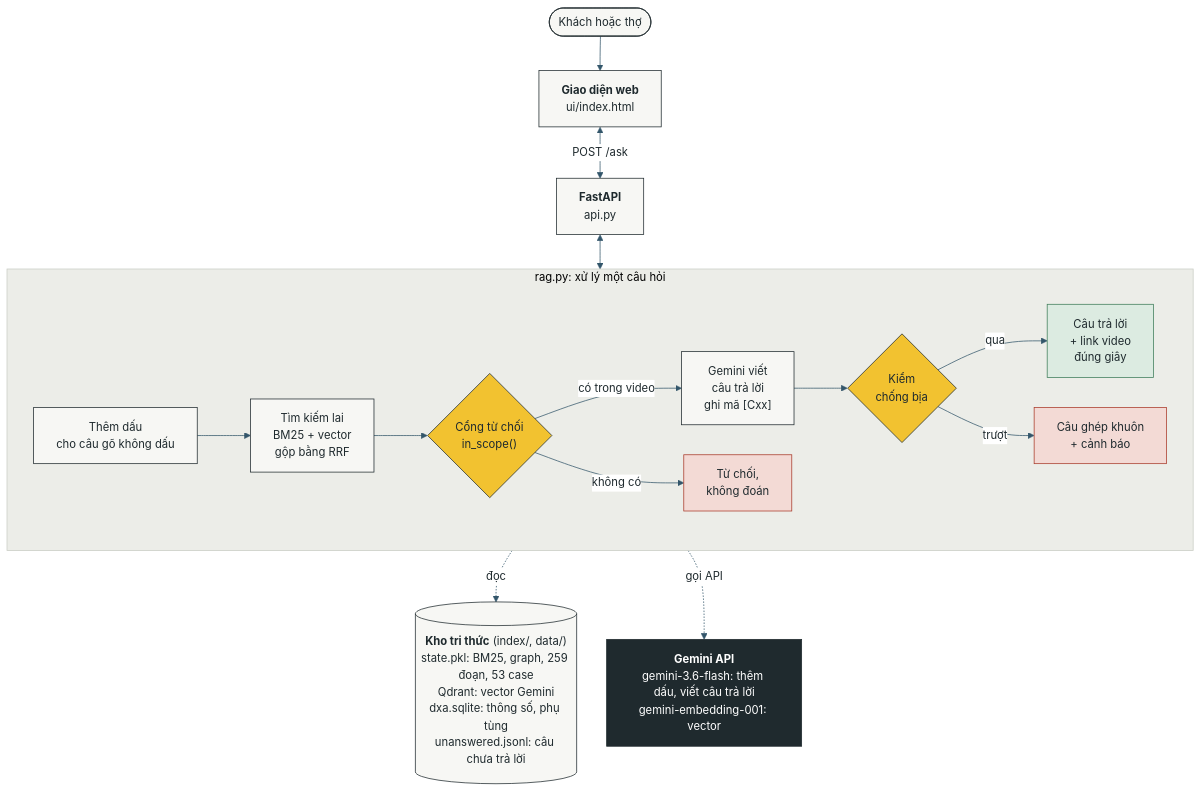
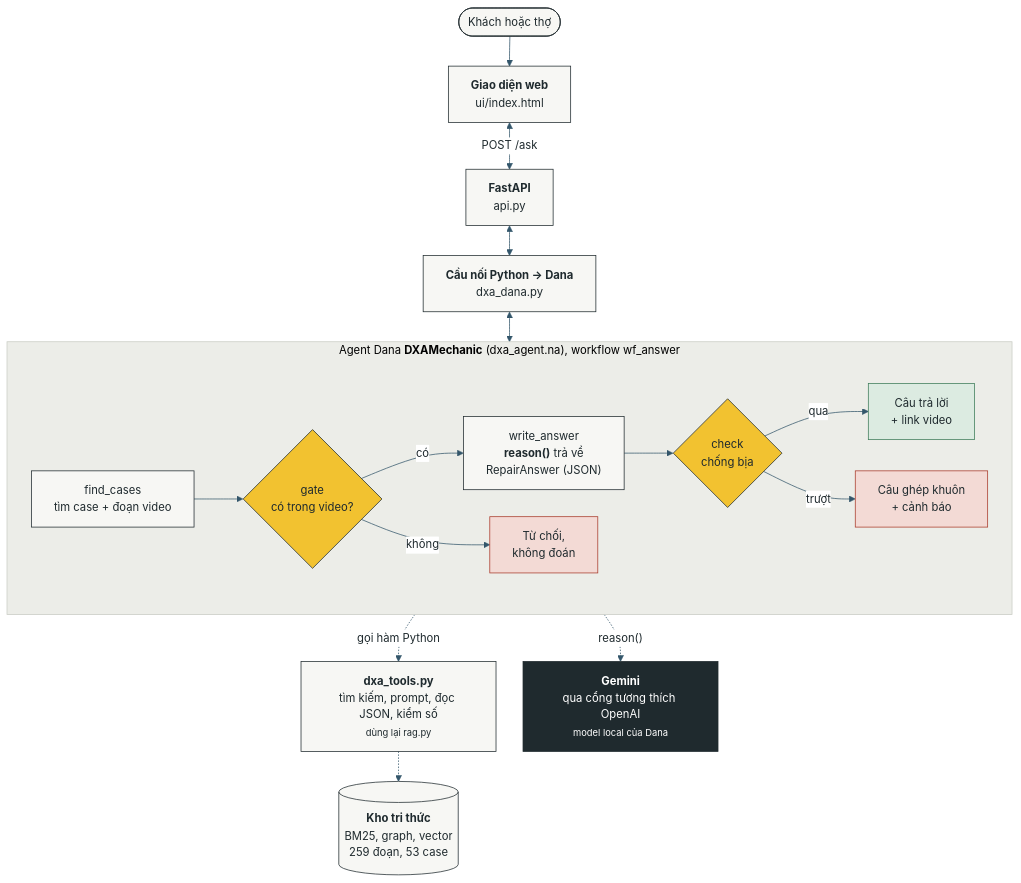
Before and after one commit to ydangishere/dev-projects: the diagram in dxa-automative-agent_dana/docs/architecture.mmd, drawn with Mermaid. The commit also changed 7 other files, not shown here.

First line of the commit message:
docs(dxa-dana): README, run.bat flow and Dana architecture diagrams; Windows CI

```diff
--- a/dxa-automative-agent_dana/docs/architecture.mmd
+++ b/dxa-automative-agent_dana/docs/architecture.mmd
@@ -1,32 +1,29 @@
-%%{init: {"theme":"base","fontFamily":"Inter, DejaVu Sans, sans-serif","themeVariables":{"fontFamily":"Inter, DejaVu Sans, sans-serif","fontSize":"15px","primaryColor":"#F7F7F4","primaryBorderColor":"#1F2A2E","primaryTextColor":"#1F2A2E","lineColor":"#33566B","clusterBkg":"#ECEDE8","clusterBorder":"#C9CCC4","edgeLabelBackground":"#FFFFFF"},"flowchart":{"curve":"basis","nodeSpacing":40,"rankSpacing":46}}}%%
+%%{init: {"theme":"base","fontFamily":"Inter, DejaVu Sans, sans-serif","themeVariables":{"fontFamily":"Inter, DejaVu Sans, sans-serif","fontSize":"15px","primaryColor":"#F7F7F4","primaryBorderColor":"#1F2A2E","primaryTextColor":"#1F2A2E","lineColor":"#33566B","clusterBkg":"#ECEDE8","clusterBorder":"#C9CCC4","edgeLabelBackground":"#FFFFFF"},"flowchart":{"curve":"basis","nodeSpacing":36,"rankSpacing":40}}}%%
 flowchart TB
     U(["Khách hoặc thợ"]) --> UI["<b>Giao diện web</b><br/>ui/index.html"]
     UI <-- "POST /ask" --> API["<b>FastAPI</b><br/>api.py"]
-    API <--> RAG
+    API <--> BR["<b>Cầu nối Python → Dana</b><br/>dxa_dana.py"]
+    BR <--> AG
 
-    subgraph RAG["rag.py: xử lý một câu hỏi"]
+    subgraph AG["Agent Dana <b>DXAMechanic</b> (dxa_agent.na), workflow wf_answer"]
         direction LR
-        A1["Thêm dấu<br/>cho câu gõ không dấu"] --> A2["Tìm kiếm lai<br/>BM25 + vector<br/>gộp bằng RRF"]
-        A2 --> A3{"Cổng từ chối<br/>in_scope()"}
-        A3 -- "có trong video" --> A4["Gemini viết<br/>câu trả lời<br/>ghi mã [Cxx]"]
-        A4 --> A5{"Kiểm<br/>chống bịa"}
-        A5 -- "qua" --> OK["Câu trả lời<br/>+ link video<br/>đúng giây"]
-        A5 -- "trượt" --> TPL["Câu ghép khuôn<br/>+ cảnh báo"]
-        A3 -- "không có" --> NO["Từ chối,<br/>không đoán"]
+        A1["find_cases<br/>tìm case + đoạn video"] --> A2{"gate<br/>có trong video?"}
+        A2 -- "có" --> A3["write_answer<br/><b>reason()</b> trả về<br/>RepairAnswer (JSON)"]
+        A3 --> A4{"check<br/>chống bịa"}
+        A4 -- "qua" --> OK["Câu trả lời<br/>+ link video"]
+        A4 -- "trượt" --> TPL["Câu ghép khuôn<br/>+ cảnh báo"]
+        A2 -- "không" --> NO["Từ chối,<br/>không đoán"]
     end
 
-    RAG -. "đọc" .-> KHO
-    RAG -. "gọi API" .-> G
-
-    KHO[("<b>Kho tri thức</b> (index/, data/)<br/>state.pkl: BM25, graph, 259 đoạn, 53 case<br/>Qdrant: vector Gemini<br/>dxa.sqlite: thông số, phụ tùng<br/>unanswered.jsonl: câu chưa trả lời")]
-
-    G["<b>Gemini API</b><br/>gemini-3.6-flash: thêm dấu, viết câu trả lời<br/>gemini-embedding-001: vector"]
+    AG -. "gọi hàm Python" .-> TOOLS["<b>dxa_tools.py</b><br/>tìm kiếm, prompt, đọc JSON, kiểm số<br/><small>dùng lại rag.py</small>"]
+    TOOLS -.-> KHO[("<b>Kho tri thức</b><br/>BM25, graph, vector<br/>259 đoạn, 53 case")]
+    AG -. "reason()" .-> G["<b>Gemini</b><br/>qua cổng tương thích OpenAI<br/><small>model local của Dana</small>"]
 
     classDef gate fill:#F2C230,stroke:#1F2A2E,color:#1F2A2E
     classDef stop fill:#F3DAD5,stroke:#A93A2A,color:#1F2A2E
     classDef good fill:#DCEBE1,stroke:#3E7C59,color:#1F2A2E
     classDef ext fill:#1F2A2E,stroke:#1F2A2E,color:#FFFFFF
-    class A3,A5 gate
+    class A2,A4 gate
     class NO,TPL stop
     class OK good
     class G ext
```
